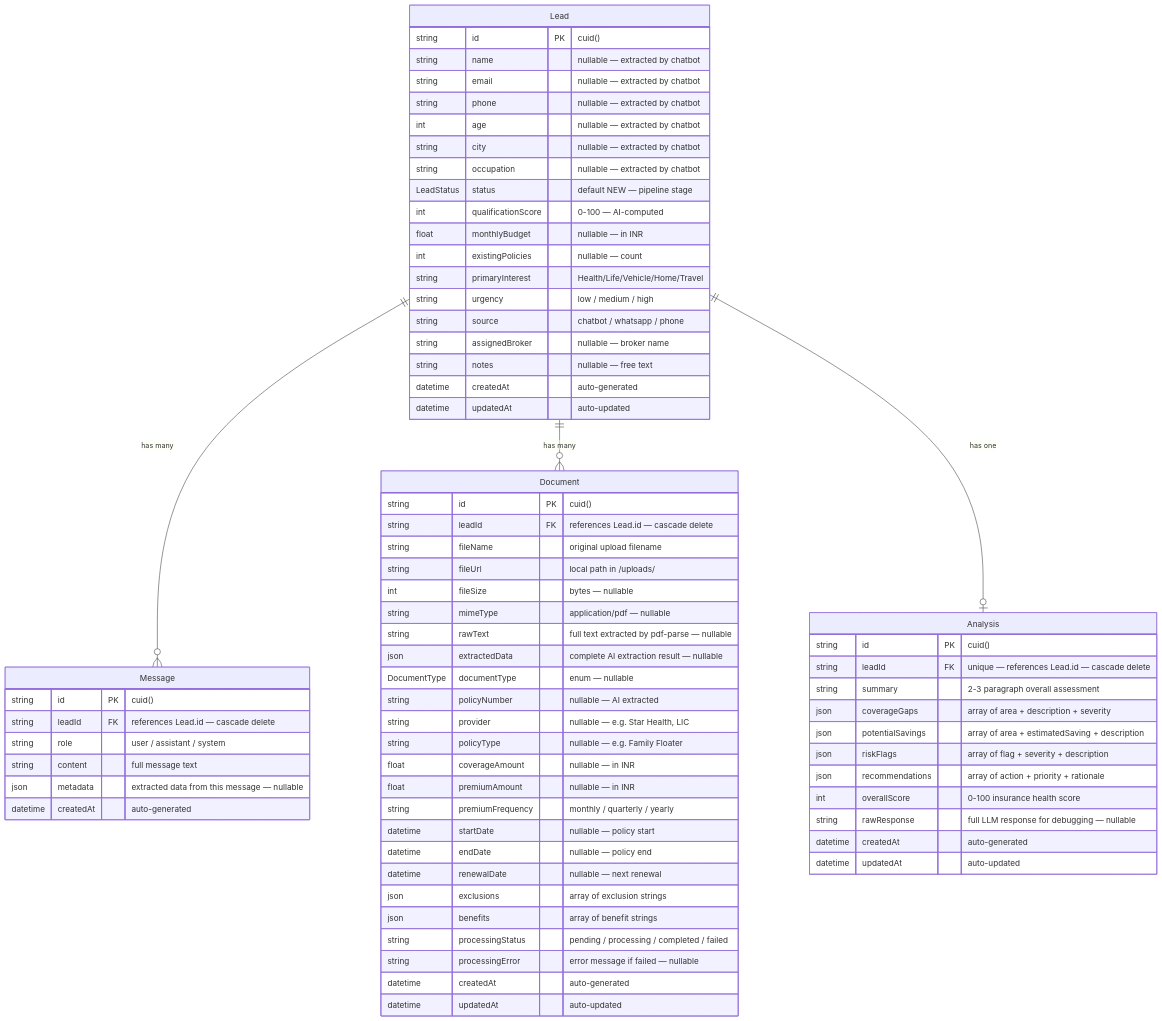
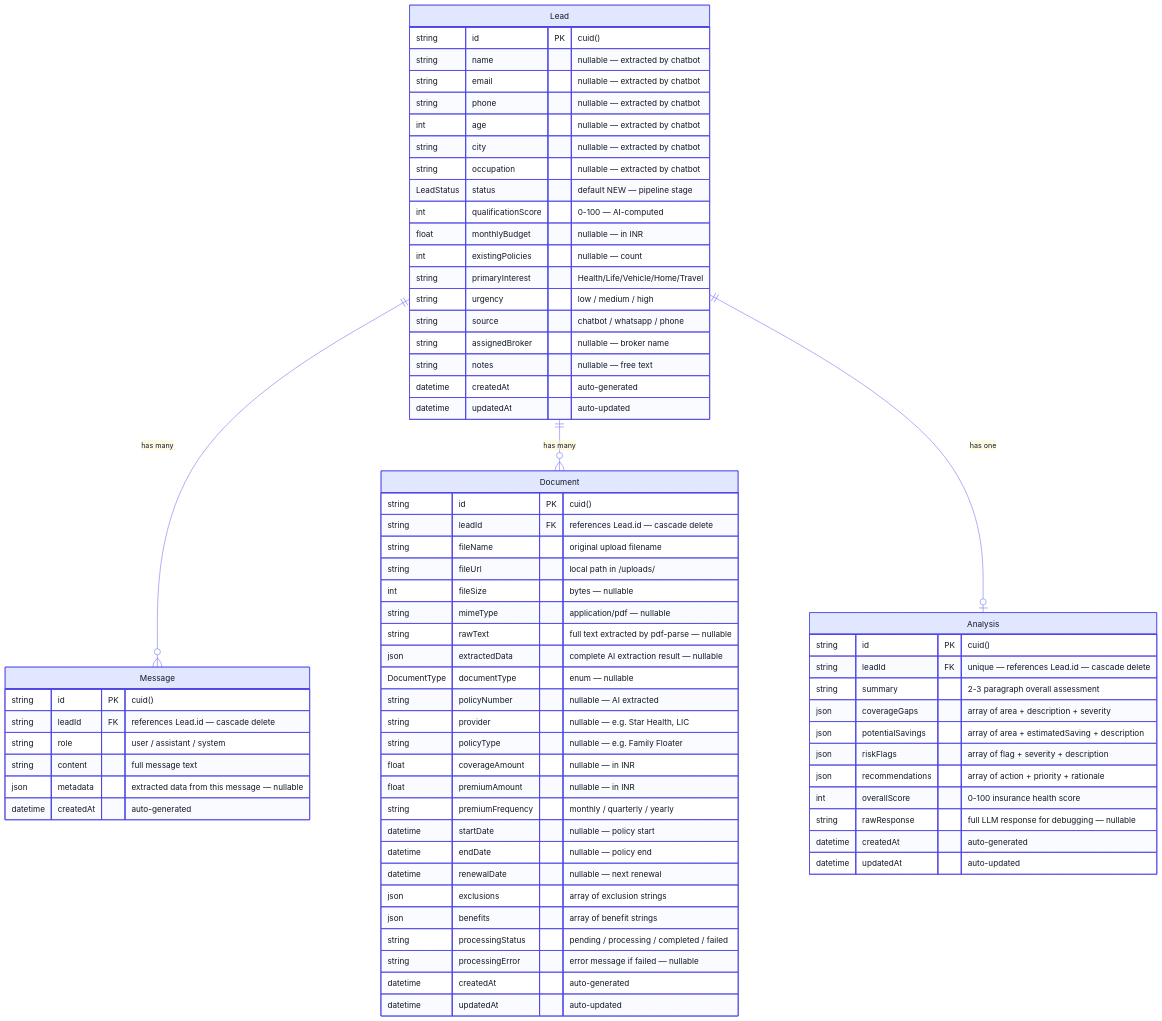
The first of 3 diagrams in diagrams/er-diagram.md (Aarav238/secureLife-ai), drawn with Mermaid before and after one commit. The commit also changed other lines of this file and 2 other files, not shown here.

Commit message:
feat: update diagrams with consistent theme variables for improved styling and clarity

````diff
--- a/diagrams/er-diagram.md
+++ b/diagrams/er-diagram.md
@@ -5,77 +5,78 @@
 ```mermaid
+%%{init: {'theme': 'base', 'themeVariables': {'primaryColor': '#e0e7ff', 'primaryTextColor': '#111827', 'primaryBorderColor': '#4f46e5', 'lineColor': '#6366f1', 'secondaryColor': '#f1f5f9', 'tertiaryColor': '#fef3c7', 'noteBkgColor': '#fef3c7', 'noteTextColor': '#111827'}}}%%
 erDiagram
     Lead ||--o{ Message : "has many"
     Lead ||--o{ Document : "has many"
     Lead ||--o| Analysis : "has one"
 
     Lead {
         string id PK "cuid()"
         string name "nullable — extracted by chatbot"
         string email "nullable — extracted by chatbot"
         string phone "nullable — extracted by chatbot"
         int age "nullable — extracted by chatbot"
         string city "nullable — extracted by chatbot"
         string occupation "nullable — extracted by chatbot"
         LeadStatus status "default NEW — pipeline stage"
         int qualificationScore "0-100 — AI-computed"
         float monthlyBudget "nullable — in INR"
         int existingPolicies "nullable — count"
         string primaryInterest "Health/Life/Vehicle/Home/Travel"
         string urgency "low / medium / high"
         string source "chatbot / whatsapp / phone"
         string assignedBroker "nullable — broker name"
         string notes "nullable — free text"
         datetime createdAt "auto-generated"
         datetime updatedAt "auto-updated"
     }
 
     Message {
         string id PK "cuid()"
         string leadId FK "references Lead.id — cascade delete"
         string role "user / assistant / system"
         string content "full message text"
         json metadata "extracted data from this message — nullable"
         datetime createdAt "auto-generated"
     }
 
     Document {
         string id PK "cuid()"
         string leadId FK "references Lead.id — cascade delete"
         string fileName "original upload filename"
         string fileUrl "local path in /uploads/"
         int fileSize "bytes — nullable"
         string mimeType "application/pdf — nullable"
         string rawText "full text extracted by pdf-parse — nullable"
         json extractedData "complete AI extraction result — nullable"
         DocumentType documentType "enum — nullable"
         string policyNumber "nullable — AI extracted"
         string provider "nullable — e.g. Star Health, LIC"
         string policyType "nullable — e.g. Family Floater"
         float coverageAmount "nullable — in INR"
         float premiumAmount "nullable — in INR"
         string premiumFrequency "monthly / quarterly / yearly"
         datetime startDate "nullable — policy start"
         datetime endDate "nullable — policy end"
         datetime renewalDate "nullable — next renewal"
         json exclusions "array of exclusion strings"
         json benefits "array of benefit strings"
         string processingStatus "pending / processing / completed / failed"
         string processingError "error message if failed — nullable"
         datetime createdAt "auto-generated"
         datetime updatedAt "auto-updated"
     }
 
     Analysis {
         string id PK "cuid()"
         string leadId FK "unique — references Lead.id — cascade delete"
         string summary "2-3 paragraph overall assessment"
         json coverageGaps "array of area + description + severity"
         json potentialSavings "array of area + estimatedSaving + description"
         json riskFlags "array of flag + severity + description"
         json recommendations "array of action + priority + rationale"
         int overallScore "0-100 insurance health score"
         string rawResponse "full LLM response for debugging — nullable"
         datetime createdAt "auto-generated"
         datetime updatedAt "auto-updated"
     }
 ```
````
